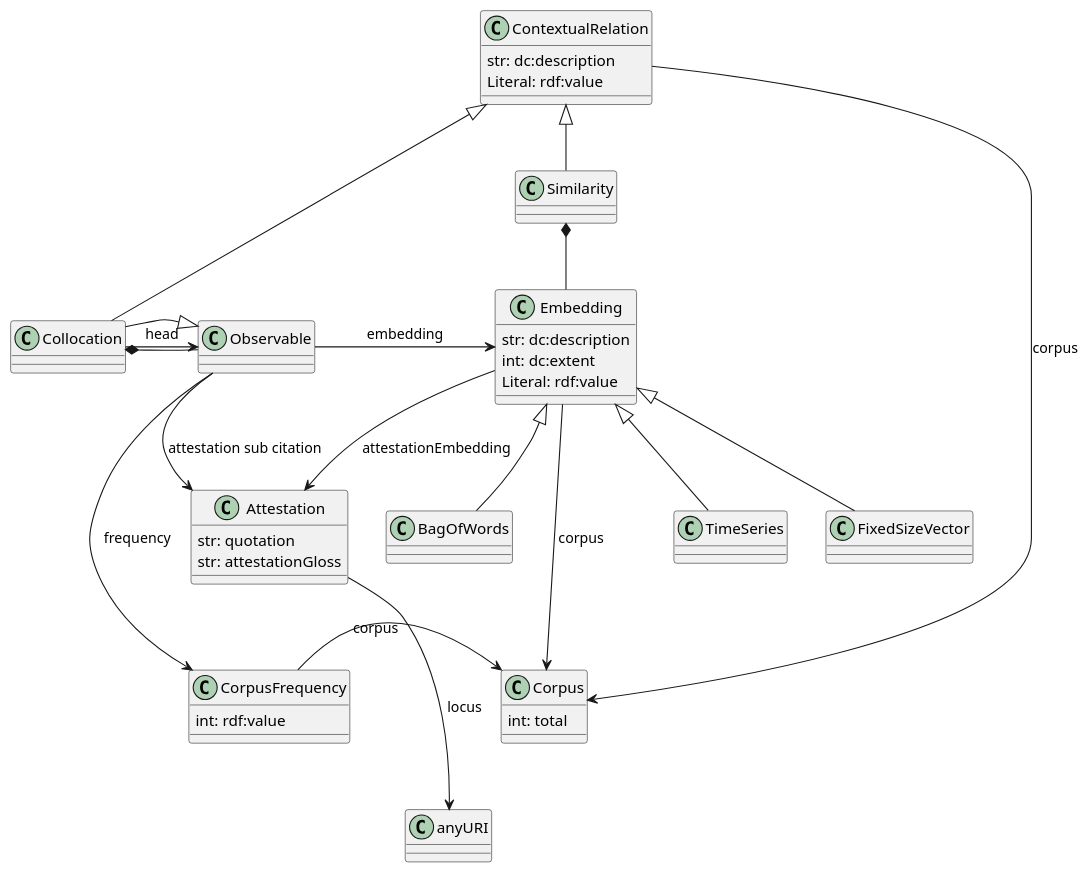
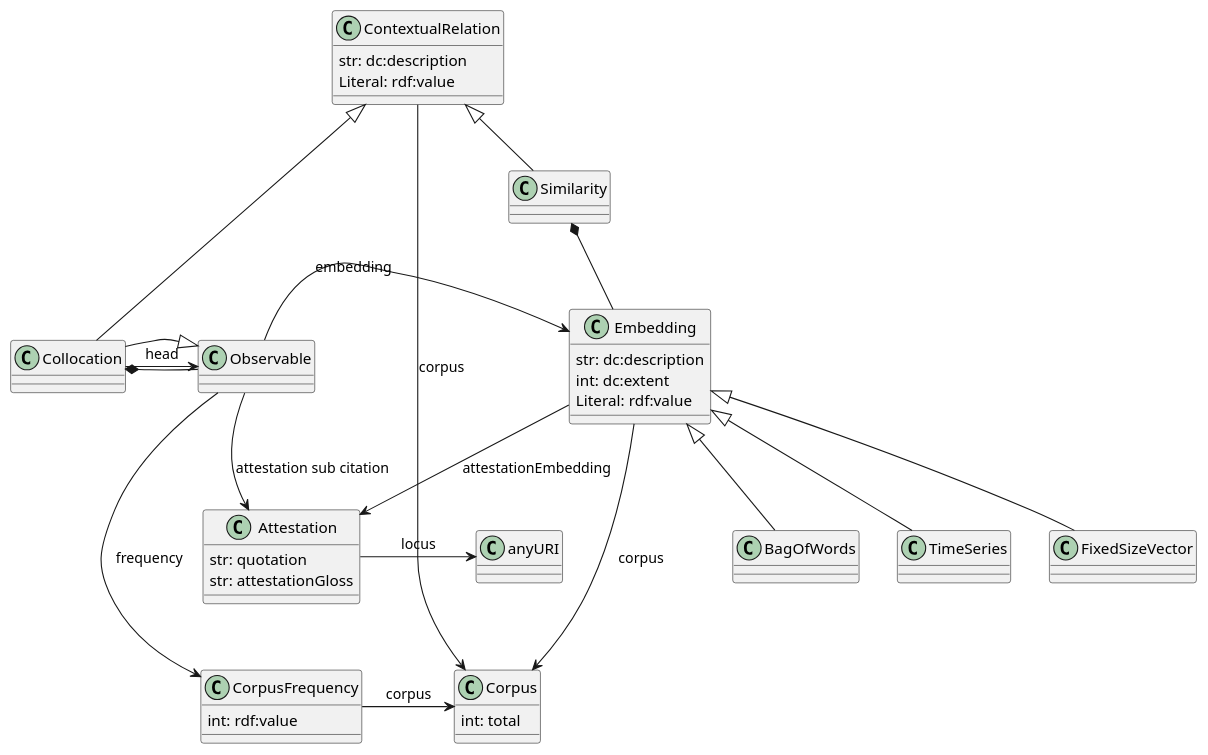
The diagram in img/diagram.puml (ontolex/frequency-attestation-corpus-information), drawn with PlantUML before and after one commit.

```diff
--- a/img/diagram.puml
+++ b/img/diagram.puml
@@ -1,55 +1,55 @@
 @startuml
 
 Collocation *-down- Observable
 
 Embedding -down-> Attestation: attestationEmbedding
 Attestation -[hidden]-> CorpusFrequency
 
 
 Observable -> Embedding: embedding
 Observable -> CorpusFrequency: frequency
 Observable -> Attestation: attestation sub citation
 
 class Embedding {
  str: dc:description
  int: dc:extent
  Literal: rdf:value
 }
 
 FixedSizeVector -up-|> Embedding
 BagOfWords -up-|> Embedding
 TimeSeries -up-|> Embedding
 
 class ContextualRelation {
   str: dc:description
   Literal: rdf:value
 }
 
 ContextualRelation <|-down- Collocation
 ContextualRelation <|-down- Similarity
 Similarity *-down- Embedding
 
 class CorpusFrequency {
   int: rdf:value
 }
 
 class Attestation {
   str: quotation
   str: attestationGloss
 }
 
 class Corpus {
   int: total
 }
 
 Attestation -> anyURI: locus
 CorpusFrequency -> Corpus: corpus
 Embedding -> Corpus: corpus
 ContextualRelation -> Corpus: corpus
 
-Corpus -[hidden]-> anyURI
+anyURI -[hidden]-> Corpus
 
 Collocation -> Observable: head
 Collocation -|> Observable
 
 @enduml
```
